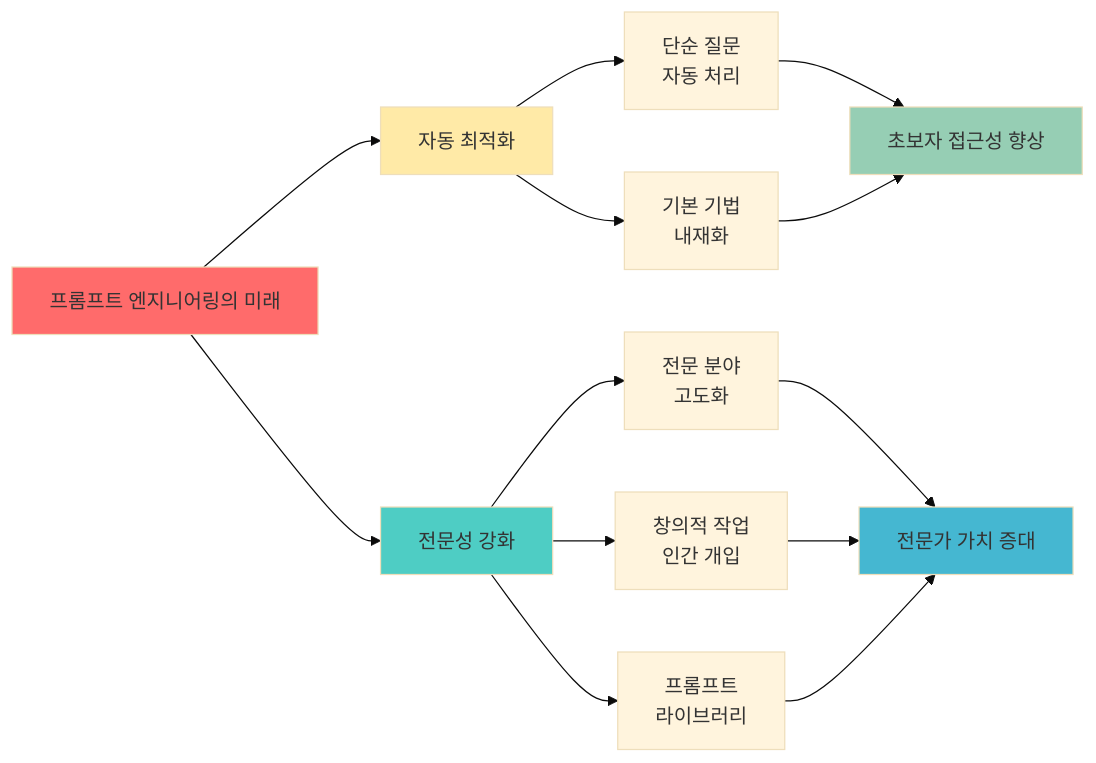
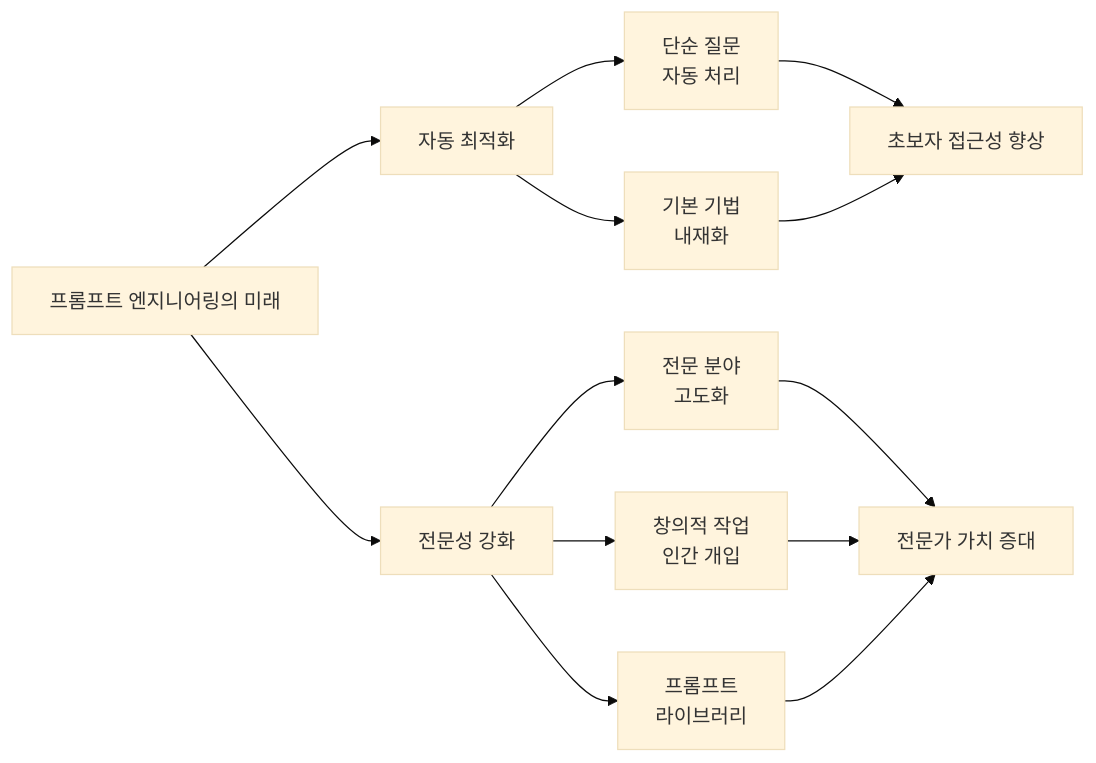
The third of 4 diagrams in _md/essentials-vibecoding/chapter04/04-4.md (nugurejeil/weniVooks), drawn with Mermaid (base theme) before and after one commit. The commit also changed other lines of this file and 187 other files, not shown here.

````diff
--- a/_md/essentials-vibecoding/chapter04/04-4.md
+++ b/_md/essentials-vibecoding/chapter04/04-4.md
@@ -186,21 +175,15 @@
 ```mermaid
 graph LR
-    A[프롬프트 엔지니어링의 미래] --> B[자동 최적화]
-    A --> C[전문성 강화]
+    A["프롬프트 엔지니어링의 미래"] --> B["자동 최적화"]
+    A --> C["전문성 강화"]
 
-    B --> B1[단순 질문<br/>자동 처리]
-    B --> B2[기본 기법<br/>내재화]
+    B --> B1["단순 질문<br/>자동 처리"]
+    B --> B2["기본 기법<br/>내재화"]
 
-    C --> C1[전문 분야<br/>고도화]
-    C --> C2[창의적 작업<br/>인간 개입]
-    C --> C3[프롬프트<br/>라이브러리]
+    C --> C1["전문 분야<br/>고도화"]
+    C --> C2["창의적 작업<br/>인간 개입"]
+    C --> C3["프롬프트<br/>라이브러리"]
 
-    B1 & B2 --> D[초보자 접근성 향상]
-    C1 & C2 & C3 --> E[전문가 가치 증대]
-
-    style A fill:#ff6b6b
-    style B fill:#ffeaa7
-    style C fill:#4ecdc4
-    style D fill:#96ceb4
-    style E fill:#45b7d1
+    B1 & B2 --> D["초보자 접근성 향상"]
+    C1 & C2 & C3 --> E["전문가 가치 증대"]
 ```
````
